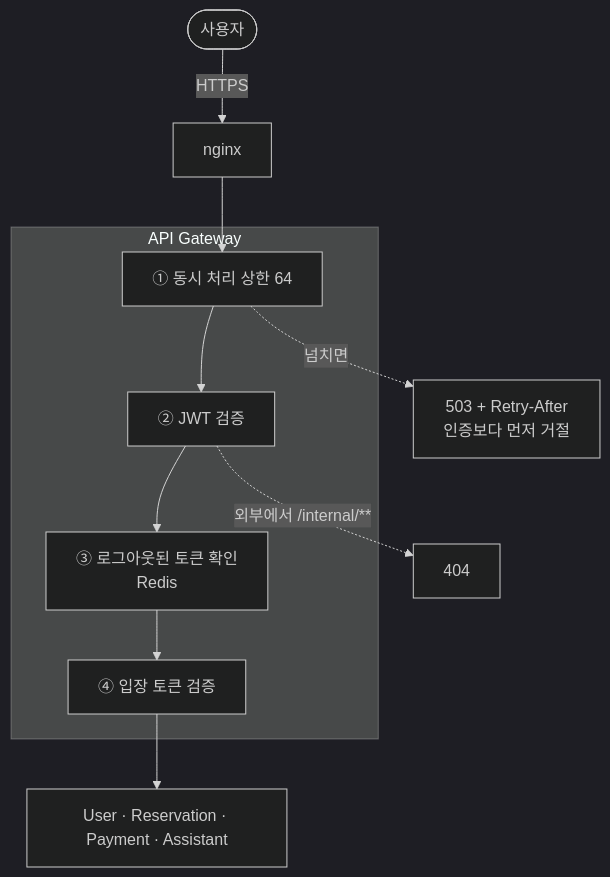
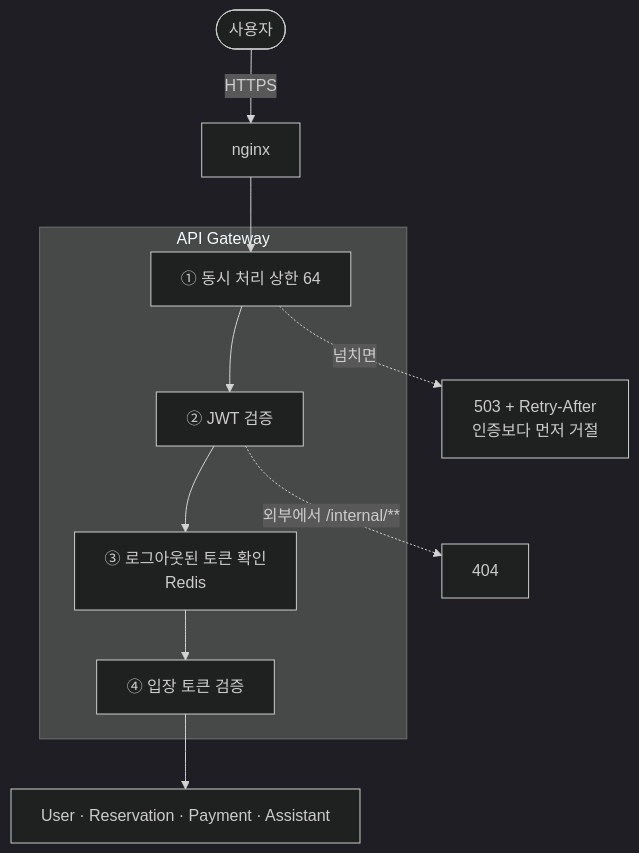
One commit to GGangMY/high-quality-ticketing-system changed the third of 10 diagrams in README.md. Above: the diagram before and after it, drawn with Mermaid (dark theme). The commit also changed other lines of this file, not shown here.

Commit message:
docs(readme): GitHub에서 다이어그램 글자가 자동으로 꺾이지 않게 줄바꿈 폭을 넓힘 #ISE-309 (#734)

````diff
--- a/README.md
+++ b/README.md
@@ -138,15 +140,16 @@
 ```mermaid
+%%{init: {"flowchart": {"wrappingWidth": 480}}}%%
 flowchart TB
   U(["사용자"]) -->|HTTPS| N["nginx"]
   N --> G1
 
   subgraph GW["API Gateway"]
     G1["① 동시 처리 상한 64"] --> G2["② JWT 검증"]
     G2 --> G3["③ 로그아웃된 토큰 확인<br/>Redis"]
     G3 --> G4["④ 입장 토큰 검증"]
   end
 
   G1 -.->|넘치면| R503["503 + Retry-After<br/>인증보다 먼저 거절"]
   G2 -.->|"외부에서 /internal/**"| R404["404"]
   G4 --> SVC["User · Reservation · Payment · Assistant"]
 ```
````
